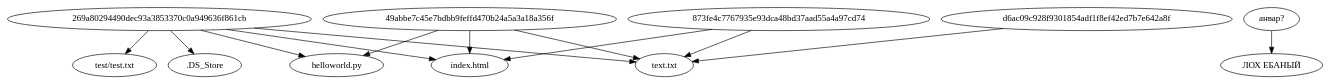
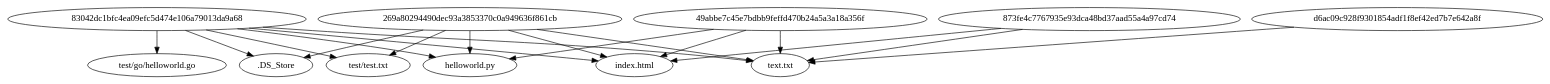
The diagram in task2/dependencies_graph.puml (weirdflexer/scm-mirea), drawn with PlantUML before and after one commit. The commit also changed 7 other files, not shown here.

```diff
--- a/task2/dependencies_graph.puml
+++ b/task2/dependencies_graph.puml
@@ -1,16 +1,21 @@
 @startuml
 digraph G {
+    "83042dc1bfc4ea09efc5d474e106a79013da9a68" -> ".DS_Store"
     "269a80294490dec93a3853370c0a949636f861cb" -> ".DS_Store"
+    "83042dc1bfc4ea09efc5d474e106a79013da9a68" -> "helloworld.py"
     "269a80294490dec93a3853370c0a949636f861cb" -> "helloworld.py"
     "49abbe7c45e7bdbb9feffd470b24a5a3a18a356f" -> "helloworld.py"
+    "83042dc1bfc4ea09efc5d474e106a79013da9a68" -> "index.html"
     "269a80294490dec93a3853370c0a949636f861cb" -> "index.html"
     "49abbe7c45e7bdbb9feffd470b24a5a3a18a356f" -> "index.html"
     "873fe4c7767935e93dca48bd37aad55a4a97cd74" -> "index.html"
+    "83042dc1bfc4ea09efc5d474e106a79013da9a68" -> "test/go/helloworld.go"
+    "83042dc1bfc4ea09efc5d474e106a79013da9a68" -> "test/test.txt"
     "269a80294490dec93a3853370c0a949636f861cb" -> "test/test.txt"
+    "83042dc1bfc4ea09efc5d474e106a79013da9a68" -> "text.txt"
     "269a80294490dec93a3853370c0a949636f861cb" -> "text.txt"
     "49abbe7c45e7bdbb9feffd470b24a5a3a18a356f" -> "text.txt"
     "873fe4c7767935e93dca48bd37aad55a4a97cd74" -> "text.txt"
     "d6ac09c928f9301854adf1f8ef42ed7b7e642a8f" -> "text.txt"
-    "анвар?" -> "ЛОХ ЕБАНЫЙ"
 }
 @enduml
```
